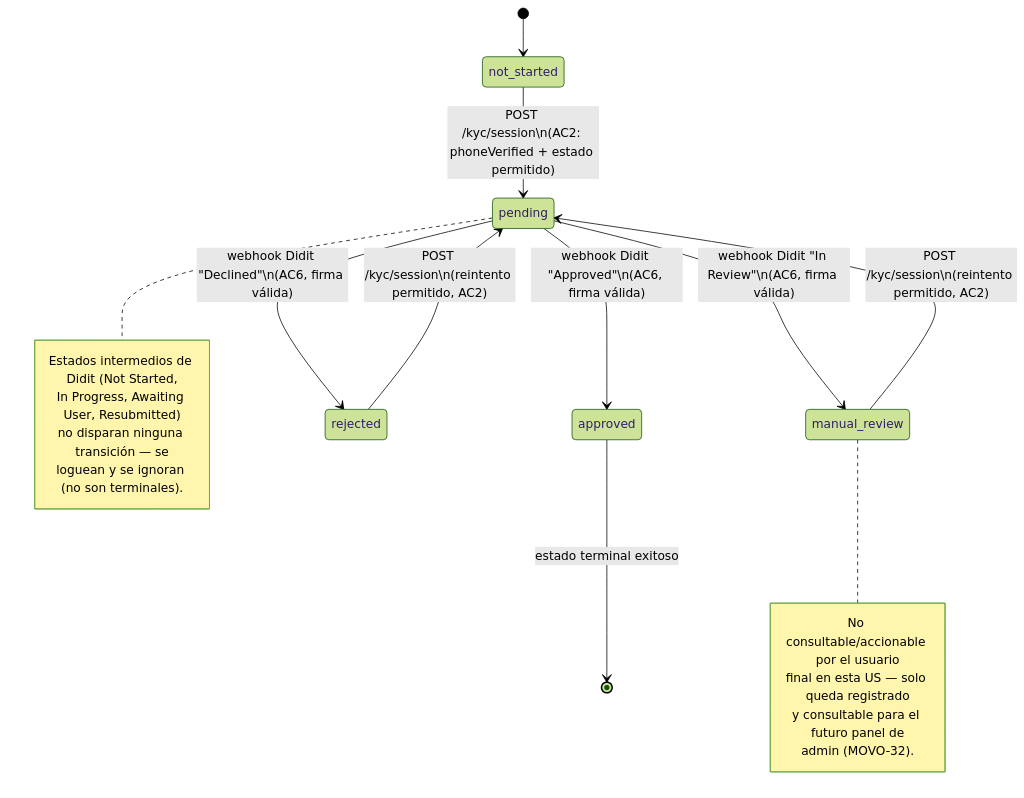
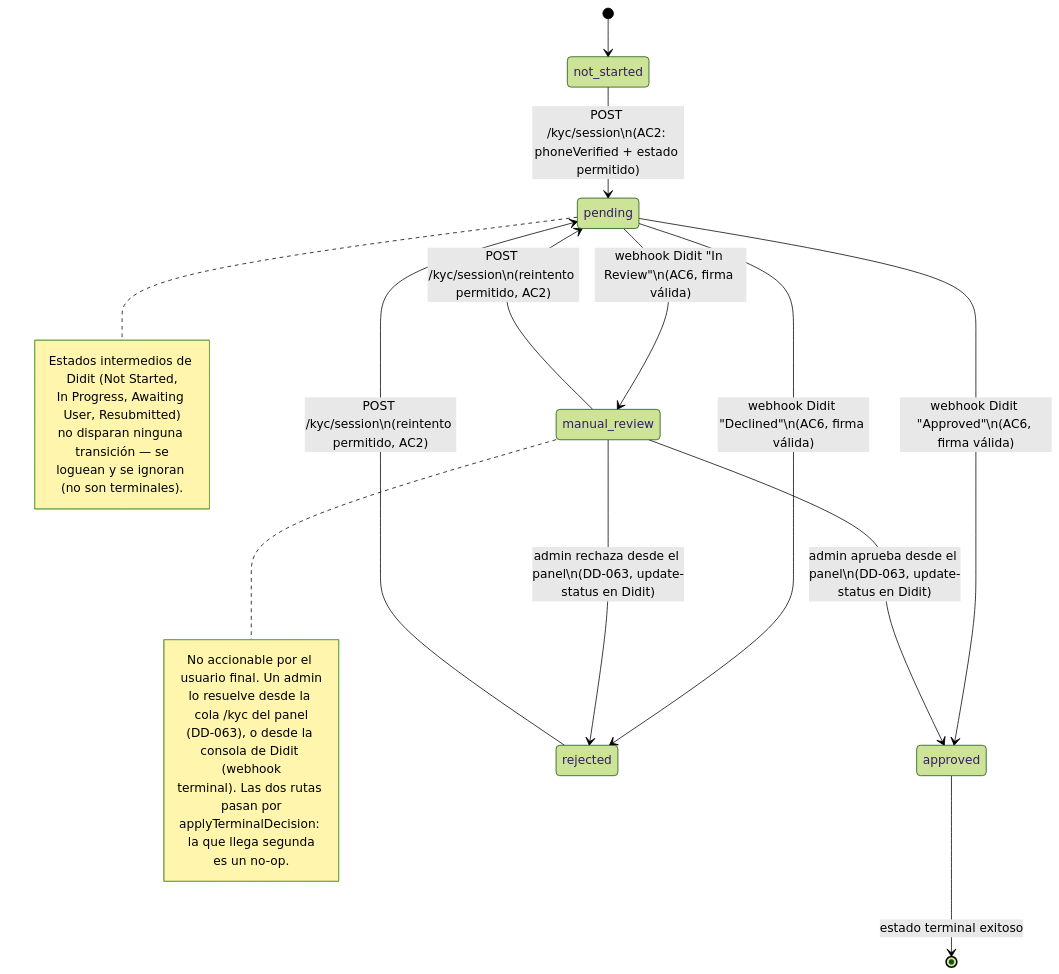
The diagram in docs/kyc/state-diagram.md (movosend/movo), drawn with Mermaid (forest theme) before and after one commit. The commit also changed 2 other files, not shown here.

Commit message:
docs: dd-063 revision manual de kyc desde el panel
Fila en docs/decisiones, indice del CLAUDE.md raiz y transicion
manual_review -> approved/rejected por decision de un admin en el
diagrama de estados de KYC.

Refs: MOVO-32

````diff
--- a/docs/kyc/state-diagram.md
+++ b/docs/kyc/state-diagram.md
@@ -13,29 +13,33 @@
 ```mermaid
 stateDiagram-v2
     [*] --> not_started
 
     not_started --> pending: POST /kyc/session\n(AC2: phoneVerified + estado permitido)
 
     pending --> approved: webhook Didit "Approved"\n(AC6, firma válida)
     pending --> rejected: webhook Didit "Declined"\n(AC6, firma válida)
     pending --> manual_review: webhook Didit "In Review"\n(AC6, firma válida)
 
     rejected --> pending: POST /kyc/session\n(reintento permitido, AC2)
     manual_review --> pending: POST /kyc/session\n(reintento permitido, AC2)
+    manual_review --> approved: admin aprueba desde el panel\n(DD-063, update-status en Didit)
+    manual_review --> rejected: admin rechaza desde el panel\n(DD-063, update-status en Didit)
 
     approved --> [*]: estado terminal exitoso
 
     note right of pending
         Estados intermedios de Didit (Not Started,
         In Progress, Awaiting User, Resubmitted)
         no disparan ninguna transición — se
         loguean y se ignoran (no son terminales).
     end note
 
     note right of manual_review
-        No consultable/accionable por el usuario
-        final en esta US — solo queda registrado
-        y consultable para el futuro panel de
-        admin (MOVO-32).
+        No accionable por el usuario final. Un admin
+        lo resuelve desde la cola /kyc del panel
+        (DD-063), o desde la consola de Didit (webhook
+        terminal). Las dos rutas pasan por
+        applyTerminalDecision: la que llega segunda
+        es un no-op.
     end note
 ```
````
